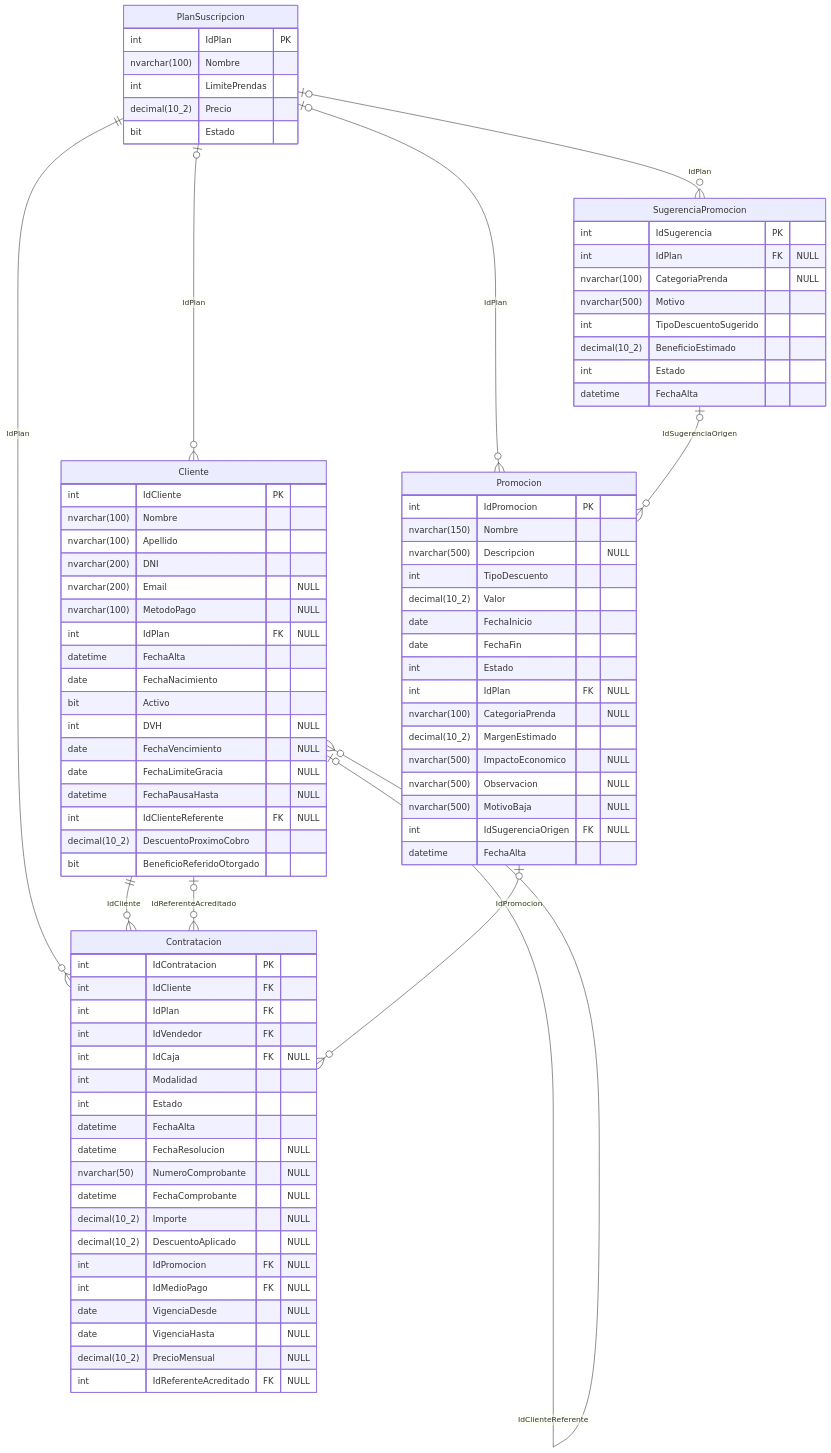
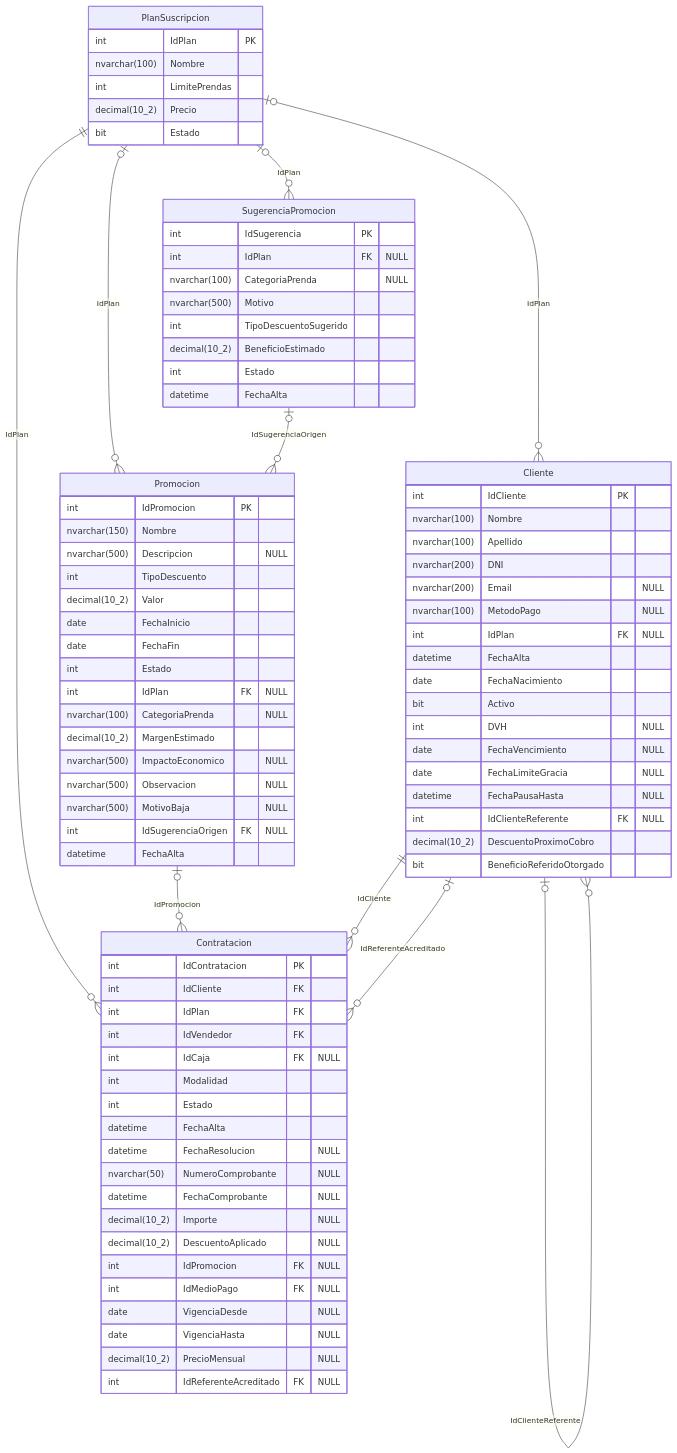
The diagram in docs/diagramas/mermaid/DER_pn03_promociones.mmd (valentinamorana/Trabajo-de-Diploma), drawn with Mermaid before and after one commit. The commit also changed other lines of this file and 65 other files, not shown here.

```diff
--- a/docs/diagramas/mermaid/DER_pn03_promociones.mmd
+++ b/docs/diagramas/mermaid/DER_pn03_promociones.mmd
@@ -1,85 +1,85 @@
 erDiagram
   Cliente |o--o{ Cliente : "IdClienteReferente"
   PlanSuscripcion |o--o{ Cliente : "IdPlan"
   PlanSuscripcion ||--o{ Contratacion : "IdPlan"
+  Promocion |o--o{ Contratacion : "IdPromocion"
   Cliente ||--o{ Contratacion : "IdCliente"
   Cliente |o--o{ Contratacion : "IdReferenteAcreditado"
-  Promocion |o--o{ Contratacion : "IdPromocion"
   PlanSuscripcion |o--o{ Promocion : "IdPlan"
   SugerenciaPromocion |o--o{ Promocion : "IdSugerenciaOrigen"
   PlanSuscripcion |o--o{ SugerenciaPromocion : "IdPlan"
   PlanSuscripcion {
     int IdPlan PK
     nvarchar(100) Nombre
     int LimitePrendas
     decimal(10_2) Precio
     bit Estado
   }
   SugerenciaPromocion {
     int IdSugerencia PK
     int IdPlan FK "NULL"
     nvarchar(100) CategoriaPrenda "NULL"
     nvarchar(500) Motivo
     int TipoDescuentoSugerido
     decimal(10_2) BeneficioEstimado
     int Estado
     datetime FechaAlta
   }
   Promocion {
     int IdPromocion PK
     nvarchar(150) Nombre
     nvarchar(500) Descripcion "NULL"
     int TipoDescuento
     decimal(10_2) Valor
     date FechaInicio
     date FechaFin
     int Estado
     int IdPlan FK "NULL"
     nvarchar(100) CategoriaPrenda "NULL"
     decimal(10_2) MargenEstimado
     nvarchar(500) ImpactoEconomico "NULL"
     nvarchar(500) Observacion "NULL"
     nvarchar(500) MotivoBaja "NULL"
     int IdSugerenciaOrigen FK "NULL"
     datetime FechaAlta
   }
   Contratacion {
     int IdContratacion PK
     int IdCliente FK
     int IdPlan FK
     int IdVendedor FK
     int IdCaja FK "NULL"
     int Modalidad
     int Estado
     datetime FechaAlta
     datetime FechaResolucion "NULL"
     nvarchar(50) NumeroComprobante "NULL"
     datetime FechaComprobante "NULL"
     decimal(10_2) Importe "NULL"
     decimal(10_2) DescuentoAplicado "NULL"
     int IdPromocion FK "NULL"
     int IdMedioPago FK "NULL"
     date VigenciaDesde "NULL"
     date VigenciaHasta "NULL"
     decimal(10_2) PrecioMensual "NULL"
     int IdReferenteAcreditado FK "NULL"
   }
   Cliente {
     int IdCliente PK
     nvarchar(100) Nombre
     nvarchar(100) Apellido
     nvarchar(200) DNI
     nvarchar(200) Email "NULL"
     nvarchar(100) MetodoPago "NULL"
     int IdPlan FK "NULL"
     datetime FechaAlta
     date FechaNacimiento
     bit Activo
     int DVH "NULL"
     date FechaVencimiento "NULL"
     date FechaLimiteGracia "NULL"
     datetime FechaPausaHasta "NULL"
     int IdClienteReferente FK "NULL"
     decimal(10_2) DescuentoProximoCobro
     bit BeneficioReferidoOtorgado
   }
```
